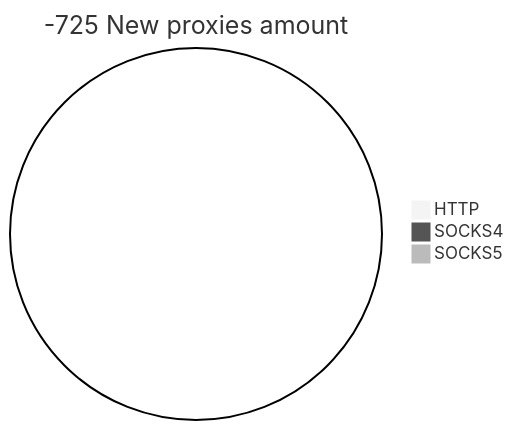
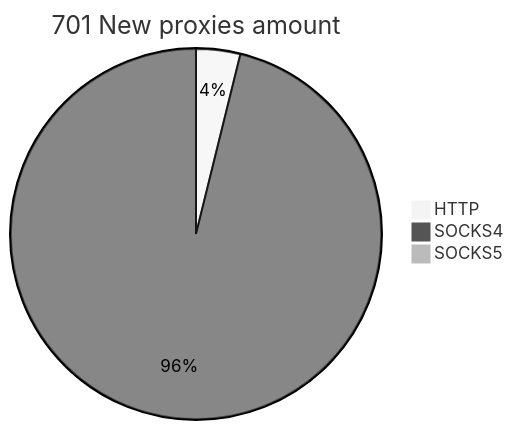
The second of 2 diagrams in README.md (cutipu/proxylist), drawn with Mermaid (neutral theme) before and after one commit. The commit also changed other lines of this file, not shown here.

````diff
--- a/README.md
+++ b/README.md
@@ -10,6 +10,6 @@
 ```mermaid
-pie title -725 New proxies amount
-    "HTTP" : 0
-    "SOCKS4" : 0
+pie title 701 New proxies amount
+    "HTTP" : 27
+    "SOCKS4" : 674
     "SOCKS5" : 0
 ```
````
